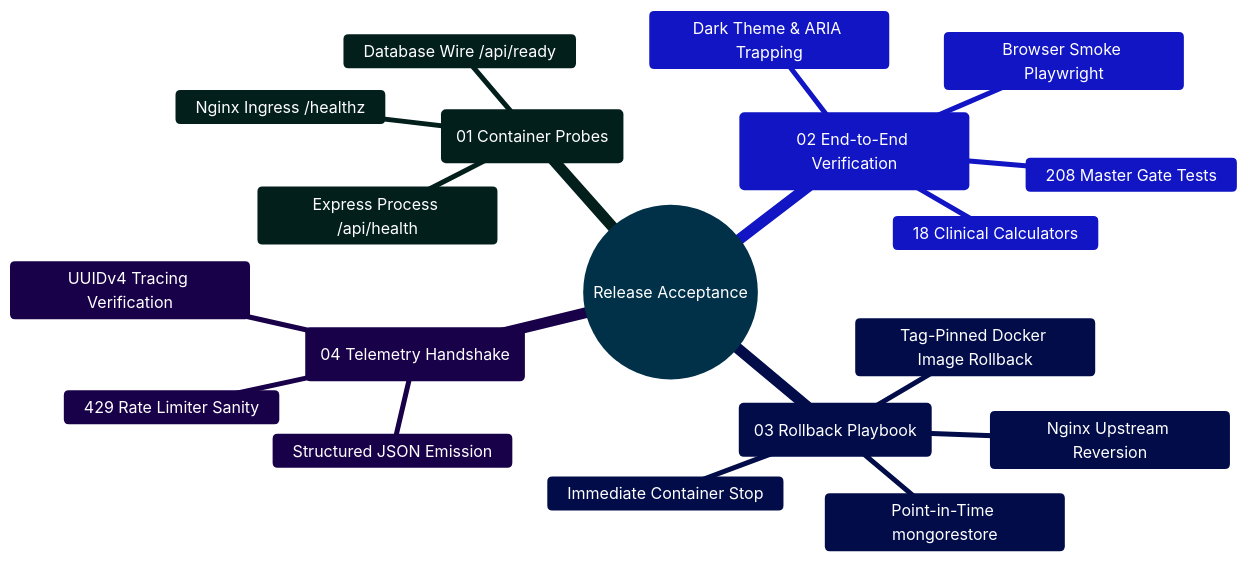
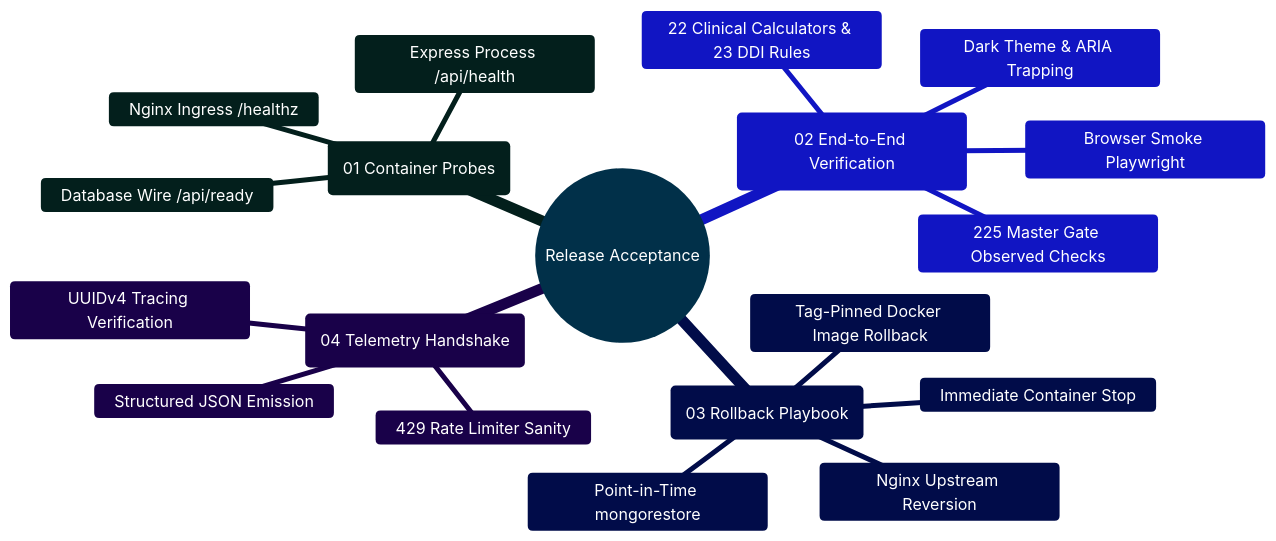
Before and after one commit to Ganesh172919/React-App-LLM: the third of 4 diagrams in docs/DEPLOYMENT_RUNBOOK.md, drawn with Mermaid. The commit also changed other lines of this file and 39 other files, not shown here.

````diff
--- a/docs/DEPLOYMENT_RUNBOOK.md
+++ b/docs/DEPLOYMENT_RUNBOOK.md
@@ -720,24 +720,24 @@
 ```mermaid
 %%{init: {'theme': 'base', 'themeVariables': { 'primaryColor': '#0284c7', 'primaryTextColor': '#ffffff', 'primaryBorderColor': '#0369a1', 'lineColor': '#0284c7', 'secondaryColor': '#0d9488', 'tertiaryColor': '#6366f1' }}}%%
 mindmap
   root((Release Acceptance))
     ::icon(fa fa-check-circle)
     (01 Container Probes)
       Nginx Ingress /healthz
       Express Process /api/health
       Database Wire /api/ready
     (02 End-to-End Verification)
-      208 Master Gate Tests
+      225 Master Gate Observed Checks
       Browser Smoke Playwright
       Dark Theme & ARIA Trapping
-      18 Clinical Calculators
+      22 Clinical Calculators & 23 DDI Rules
     (03 Rollback Playbook)
       Immediate Container Stop
       Tag-Pinned Docker Image Rollback
       Point-in-Time mongorestore
       Nginx Upstream Reversion
     (04 Telemetry Handshake)
       UUIDv4 Tracing Verification
       Structured JSON Emission
       429 Rate Limiter Sanity
 ```
````
